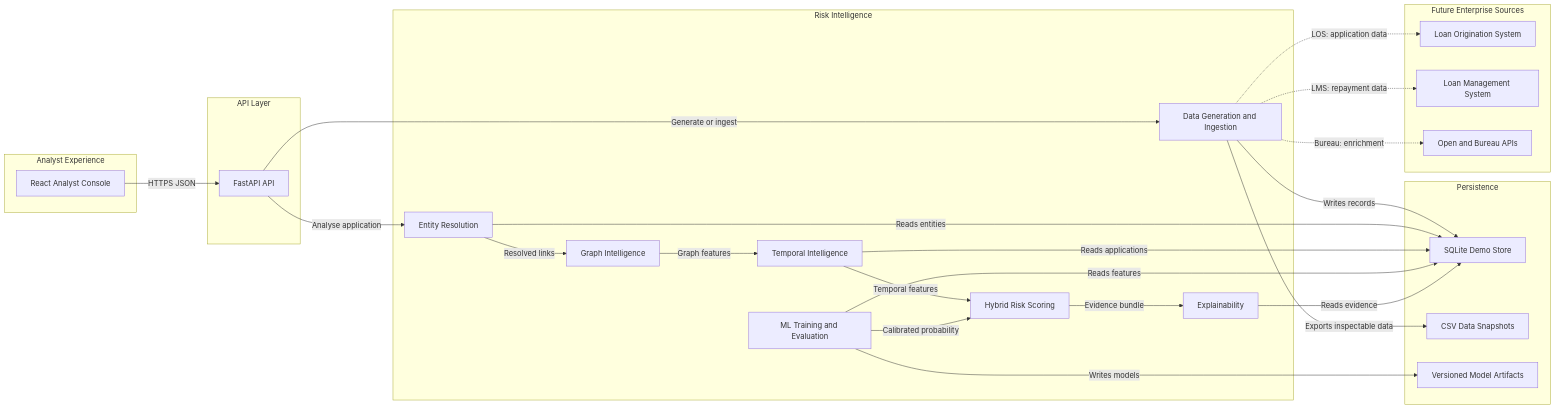
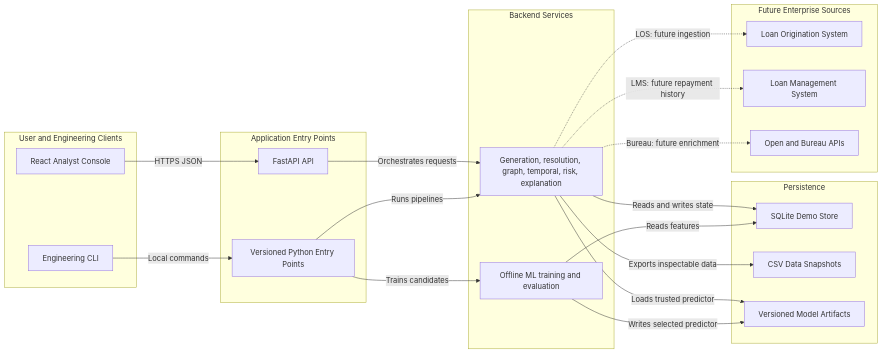
The diagram in docs/architecture.md (Kumaryan12/jaal_dhristhi), drawn with Mermaid before and after one commit. The commit also changed other lines of this file and 7 other files, not shown here.

````diff
--- a/docs/architecture.md
+++ b/docs/architecture.md
@@ -23,47 +23,39 @@
 ```mermaid
 flowchart LR
-    subgraph client ["Analyst Experience"]
+    subgraph client ["User and Engineering Clients"]
         dashboard["React Analyst Console"]
+        engineeringCli["Engineering CLI"]
     end
-    subgraph gateway ["API Layer"]
+    subgraph gateway ["Application Entry Points"]
         api["FastAPI API"]
+        commandLine["Versioned Python Entry Points"]
     end
-    subgraph service ["Risk Intelligence"]
-        ingestion["Data Generation and Ingestion"]
-        resolution["Entity Resolution"]
-        graphEngine["Graph Intelligence"]
-        temporal["Temporal Intelligence"]
-        scoring["Hybrid Risk Scoring"]
-        explanation["Explainability"]
-        training["ML Training and Evaluation"]
+    subgraph service ["Backend Services"]
+        intelligence["Generation, resolution, graph, temporal, risk, explanation"]
+        training["Offline ML training and evaluation"]
     end
     subgraph datastore ["Persistence"]
         sqlite["SQLite Demo Store"]
         snapshots["CSV Data Snapshots"]
         artifacts["Versioned Model Artifacts"]
     end
     subgraph external ["Future Enterprise Sources"]
         los["Loan Origination System"]
         lms["Loan Management System"]
         bureau["Open and Bureau APIs"]
     end
 
     dashboard -->|"HTTPS JSON"| api
-    api -->|"Generate or ingest"| ingestion
-    api -->|"Analyse application"| resolution
-    resolution -->|"Resolved links"| graphEngine
-    graphEngine -->|"Graph features"| temporal
-    temporal -->|"Temporal features"| scoring
-    training -->|"Calibrated probability"| scoring
-    scoring -->|"Evidence bundle"| explanation
-    ingestion -->|"Writes records"| sqlite
-    ingestion -->|"Exports inspectable data"| snapshots
-    resolution -->|"Reads entities"| sqlite
-    temporal -->|"Reads applications"| sqlite
+    engineeringCli -->|"Local commands"| commandLine
+    api -->|"Orchestrates requests"| intelligence
+    commandLine -->|"Runs pipelines"| intelligence
+    commandLine -->|"Trains candidates"| training
+    intelligence -->|"Reads and writes state"| sqlite
+    intelligence -->|"Exports inspectable data"| snapshots
+    intelligence -->|"Loads trusted predictor"| artifacts
     training -->|"Reads features"| sqlite
-    training -->|"Writes models"| artifacts
-    explanation -->|"Reads evidence"| sqlite
-    ingestion -.->|"LOS: application data"| los
-    ingestion -.->|"LMS: repayment data"| lms
-    ingestion -.->|"Bureau: enrichment"| bureau
+    training -->|"Writes selected predictor"| artifacts
+    intelligence -.->|"LOS: future ingestion"| los
+    intelligence -.->|"LMS: future repayment history"| lms
+    intelligence -.->|"Bureau: future enrichment"| bureau
 ```
````
